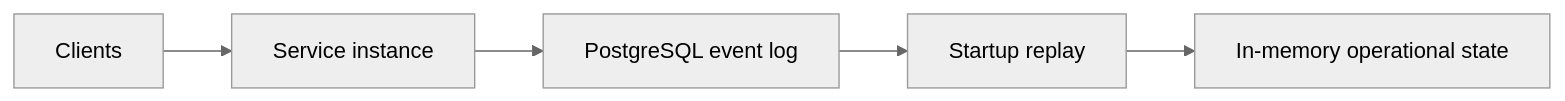
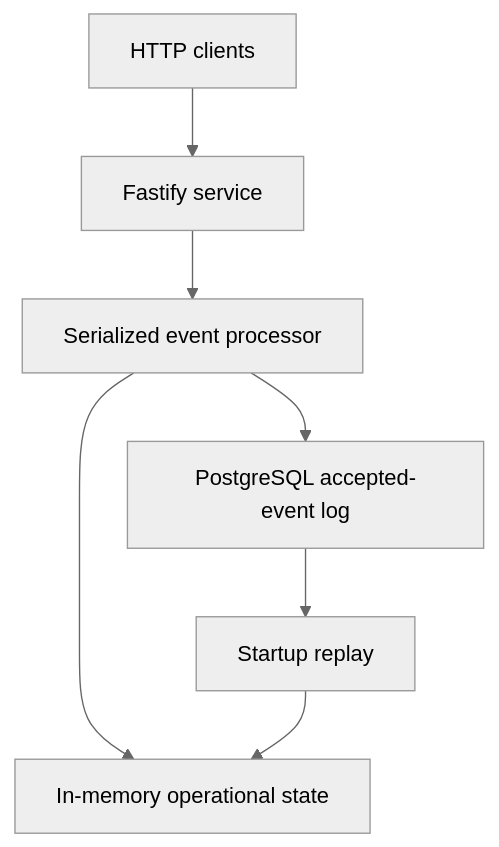
One commit to jackcritzer/operations-intelligence changed the first of 3 diagrams in docs/architecture/durable-operational-state.md. Above: the diagram before and after it, drawn with Mermaid (neutral theme). The commit also changed other lines of this file and 5 other files, not shown here.

Commit message:
Update README and documentation for durable operational state and event processing improvements

````diff
--- a/docs/architecture/durable-operational-state.md
+++ b/docs/architecture/durable-operational-state.md
@@ -25,7 +30,9 @@
 ```mermaid
-flowchart LR
-    CLIENT["Clients"] --> INSTANCE["Service instance"]
-    INSTANCE --> DATABASE["PostgreSQL event log"]
+flowchart TD
+    CLIENT["HTTP clients"] --> APP["Fastify service"]
+    APP --> PROCESSOR["Serialized event processor"]
+    PROCESSOR --> STATE["In-memory operational state"]
+    PROCESSOR --> DATABASE["PostgreSQL accepted-event log"]
     DATABASE --> REPLAY["Startup replay"]
-    REPLAY --> STATE["In-memory operational state"]
+    REPLAY --> STATE
 ```
````
